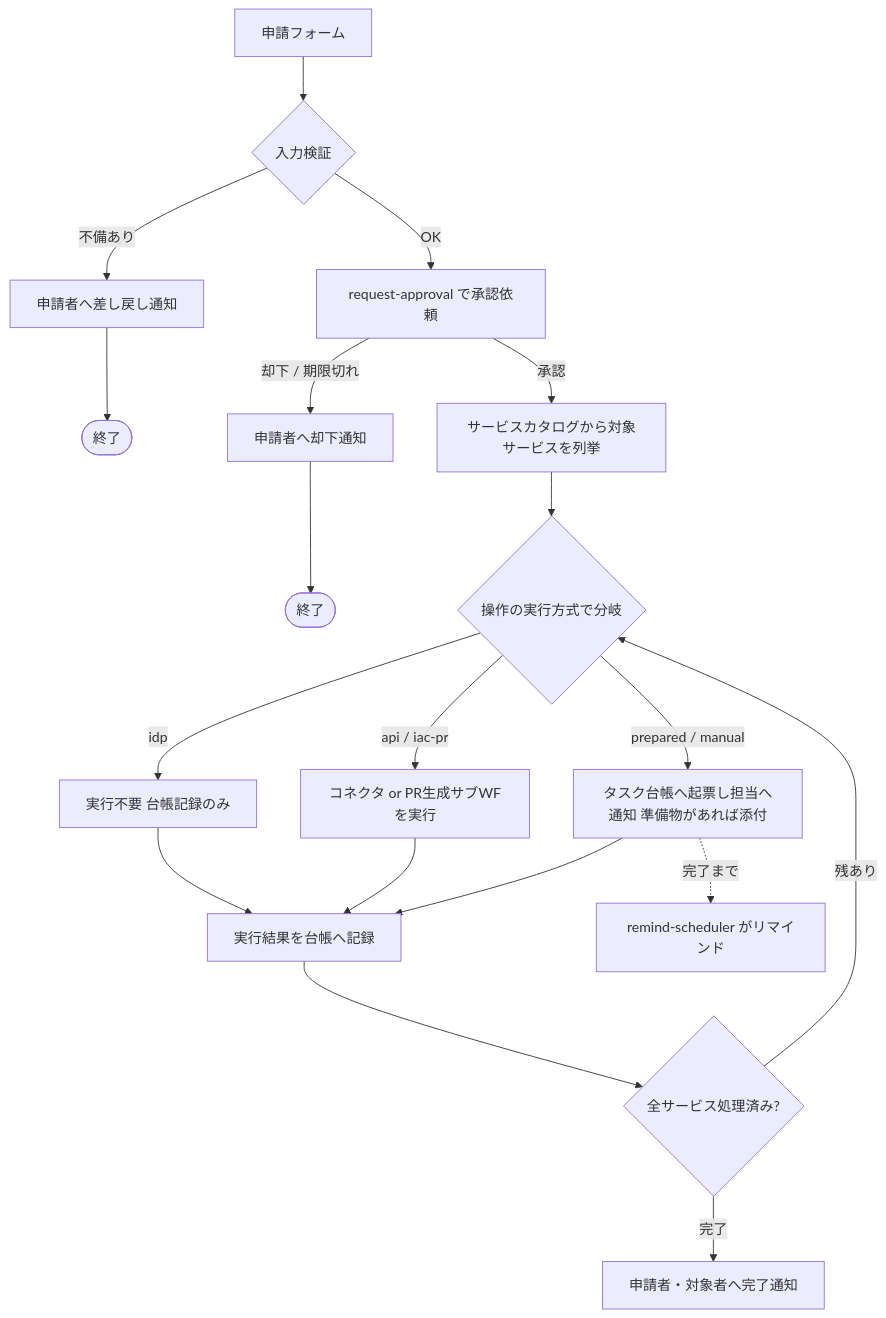
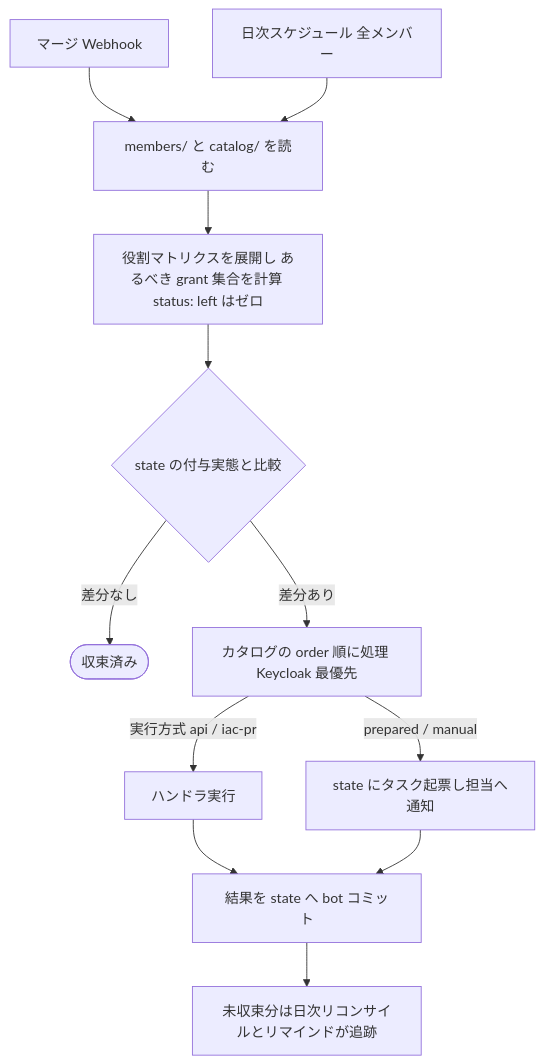
One commit to Koala-Heavy-Industries/n8n-test changed the first of 2 diagrams in docs/design/01-member-lifecycle.md. Above: the diagram before and after it, drawn with Mermaid. The commit also changed other lines of this file and 6 other files, not shown here.

````diff
--- a/docs/design/01-member-lifecycle.md
+++ b/docs/design/01-member-lifecycle.md
@@ -8,19 +53,14 @@
 ```mermaid
 flowchart TD
-    A[申請フォーム] --> B{入力検証}
-    B -->|不備あり| B2[申請者へ差し戻し通知] --> Z1([終了])
-    B -->|OK| C[request-approval で承認依頼]
-    C -->|却下 / 期限切れ| C2[申請者へ却下通知] --> Z2([終了])
-    C -->|承認| D[サービスカタログから対象サービスを列挙]
-    D --> E{操作の実行方式で分岐}
-    E -->|idp| F0[実行不要 台帳記録のみ]
-    E -->|api / iac-pr| F[コネクタ or PR生成サブWFを実行]
-    E -->|prepared / manual| G[タスク台帳へ起票し担当へ通知 準備物があれば添付]
-    F0 --> H[実行結果を台帳へ記録]
-    F --> H
-    G --> H
-    H --> I{全サービス処理済み?}
-    I -->|残あり| E
-    I -->|完了| J[申請者・対象者へ完了通知]
-    G -.->|完了まで| R[remind-scheduler がリマインド]
+    T1[マージ Webhook] --> R
+    T2[日次スケジュール 全メンバー] --> R[members/ と catalog/ を読む]
+    R --> M[役割マトリクスを展開し あるべき grant 集合を計算 status: left はゼロ]
+    M --> D{state の付与実態と比較}
+    D -->|差分なし| Z([収束済み])
+    D -->|差分あり| O[カタログの order 順に処理 Keycloak 最優先]
+    O -->|実行方式 api / iac-pr| X[ハンドラ実行]
+    O -->|prepared / manual| G[state にタスク起票し担当へ通知]
+    X --> W[結果を state へ bot コミット]
+    G --> W
+    W --> Z2[未収束分は日次リコンサイルとリマインドが追跡]
 ```
````
